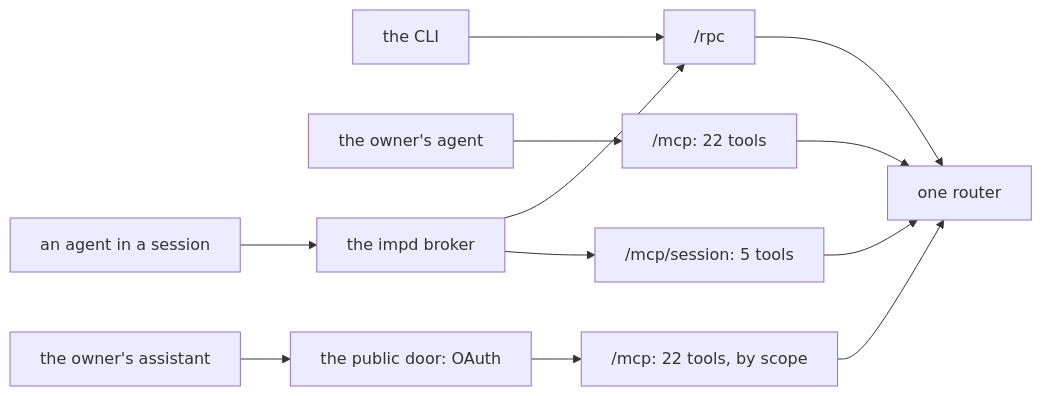
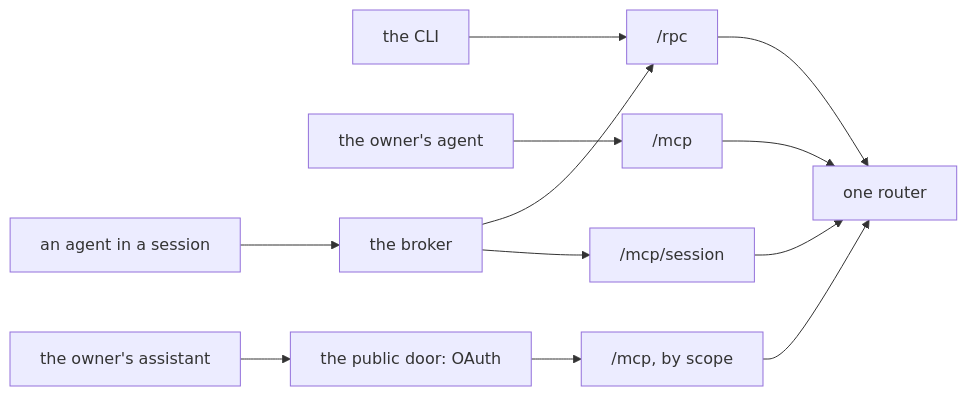
The diagram in docs/architecture/interfaces/api-and-auth.md (zgeoff/boxxy), drawn with Mermaid before and after one commit. The commit also changed other lines of this file and 79 other files, not shown here.

Commit message:
docs: rewrite the moved docs as architecture docs

````diff
--- a/docs/architecture/interfaces/api-and-auth.md
+++ b/docs/architecture/interfaces/api-and-auth.md
@@ -7,13 +21,13 @@
 ```mermaid
 flowchart LR
   cli[the CLI] --> rpc["/rpc"]
-  owner[the owner's agent] --> mcp["/mcp: 22 tools"]
-  remote[the owner's assistant] --> oauth[the public door: OAuth] --> pmcp["/mcp: 22 tools, by scope"]
-  session[an agent in a session] --> broker[the impd broker]
+  owner[the owner's agent] --> mcp["/mcp"]
+  remote[the owner's assistant] --> oauth[the public door: OAuth] --> pmcp["/mcp, by scope"]
+  session[an agent in a session] --> broker[the broker]
   broker --> rpc
-  broker --> smcp["/mcp/session: 5 tools"]
+  broker --> smcp["/mcp/session"]
   rpc --> router[one router]
   mcp --> router
   pmcp --> router
   smcp --> router
 ```
````
